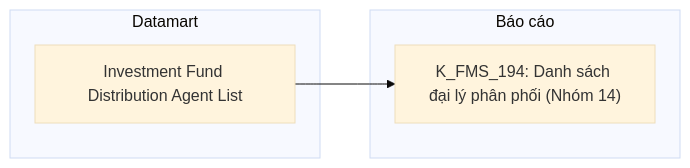
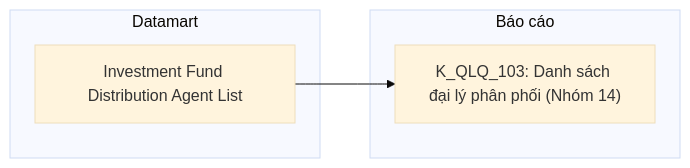
Before and after one commit to linhlvit/ubck_atomic_design: diagram 22 of 37 in Datamart/hld/DTM_QLQ_HLD.md, drawn with Mermaid (base theme). The commit also changed other lines of this file and 5 other files, not shown here.

````diff
--- a/Datamart/hld/DTM_QLQ_HLD.md
+++ b/Datamart/hld/DTM_QLQ_HLD.md
@@ -957,10 +957,10 @@
 ```mermaid
 flowchart LR
     subgraph GOLD["Datamart"]
         G1["Investment Fund Distribution Agent List"]
     end
     subgraph RPT["Báo cáo"]
-        R1["K_FMS_194: Danh sách đại lý phân phối (Nhóm 14)"]
+        R1["K_QLQ_103: Danh sách đại lý phân phối (Nhóm 14)"]
     end
     G1 --> R1
 ```
````
